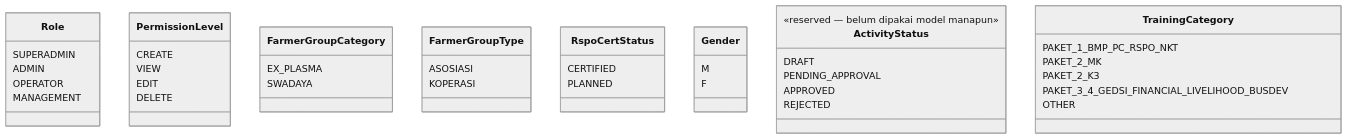
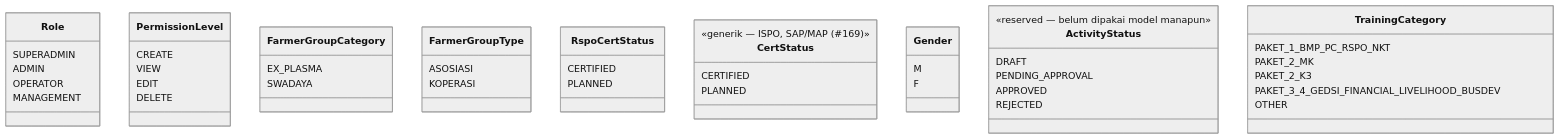
One commit to WRI-Indonesia/mis-smallholder-hub changed the first of 4 diagrams in docs/database/models.md. Above: the diagram before and after it, drawn with Mermaid (neutral theme). The commit also changed 22 other files, not shown here.

````diff
--- a/docs/database/models.md
+++ b/docs/database/models.md
@@ -21,52 +21,58 @@
 ```mermaid
 classDiagram
     class Role {
         SUPERADMIN
         ADMIN
         OPERATOR
         MANAGEMENT
     }
 
     class PermissionLevel {
         CREATE
         VIEW
         EDIT
         DELETE
     }
 
     class FarmerGroupCategory {
         EX_PLASMA
         SWADAYA
     }
 
     class FarmerGroupType {
         ASOSIASI
         KOPERASI
     }
 
     class RspoCertStatus {
         CERTIFIED
         PLANNED
     }
 
+    class CertStatus {
+        <<generik — ISPO, SAP/MAP (#169)>>
+        CERTIFIED
+        PLANNED
+    }
+
     class Gender {
         M
         F
     }
 
     class ActivityStatus {
         <<reserved — belum dipakai model manapun>>
         DRAFT
         PENDING_APPROVAL
         APPROVED
         REJECTED
     }
 
     class TrainingCategory {
         PAKET_1_BMP_PC_RSPO_NKT
         PAKET_2_MK
         PAKET_2_K3
         PAKET_3_4_GEDSI_FINANCIAL_LIVELIHOOD_BUSDEV
         OTHER
     }
 ```
````
